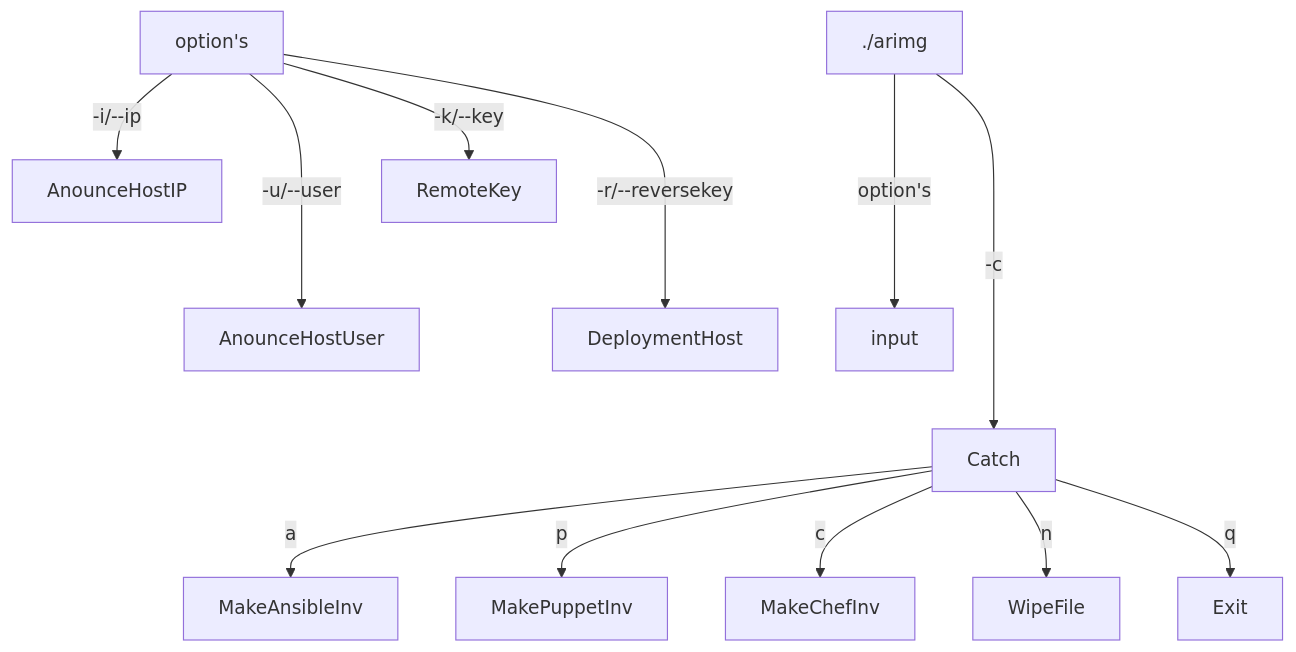
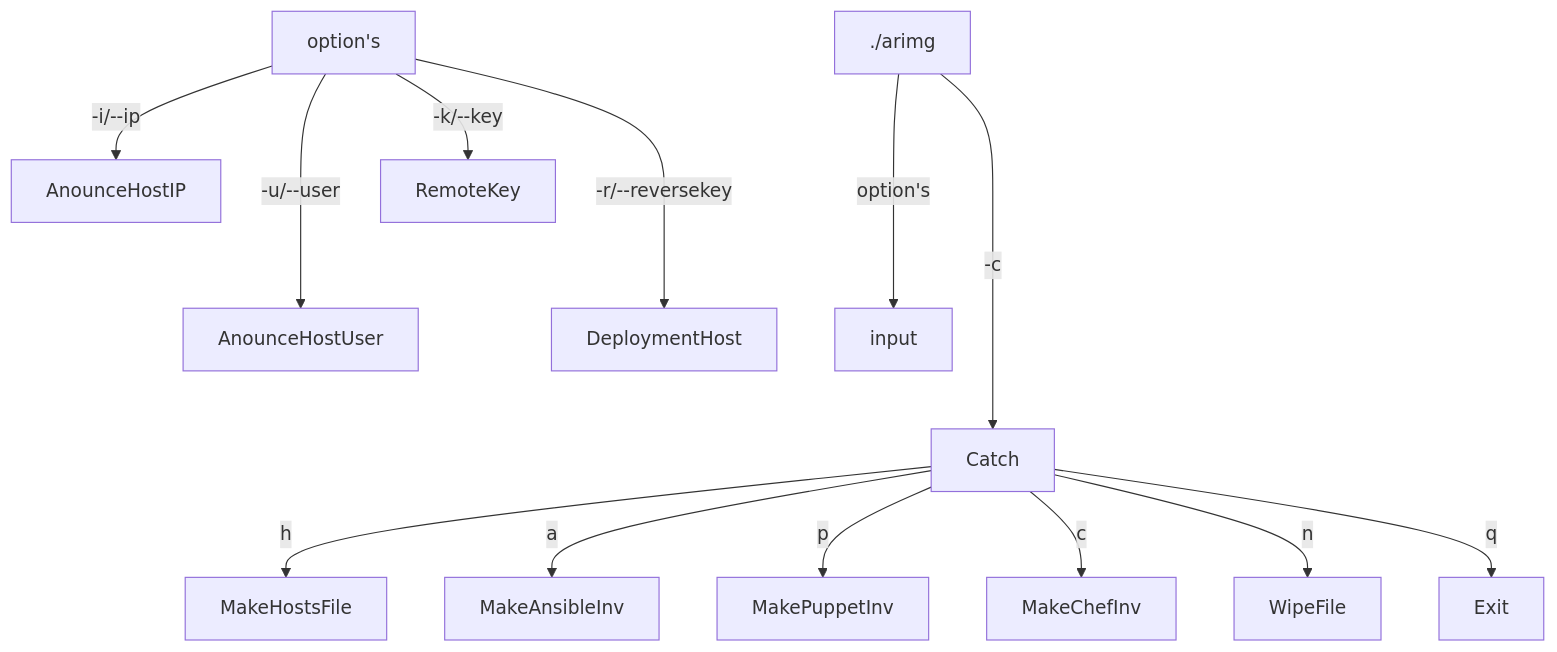
One commit to swaaws/ARiMg changed the first of 3 diagrams in chart.md. Above: the diagram before and after it, drawn with Mermaid. The commit also changed 1 other file, not shown here.

````diff
--- a/chart.md
+++ b/chart.md
@@ -3,16 +3,18 @@
 ```mermaid
 graph TD;
   ./arimg--->|option's|input
   ./arimg---->|-c|Catch;
 
+
+  Catch-->|h|MakeHostsFile;
   Catch-->|a|MakeAnsibleInv;
   Catch-->|p|MakePuppetInv;
   Catch-->|c|MakeChefInv;
   Catch-->|n|WipeFile;
   Catch-->|q|Exit;
 
   option's-->|-i/--ip|AnounceHostIP
   option's--->|-u/--user|AnounceHostUser
   option's-->|-k/--key|RemoteKey
   option's--->|-r/--reversekey|DeploymentHost
 ```
````
